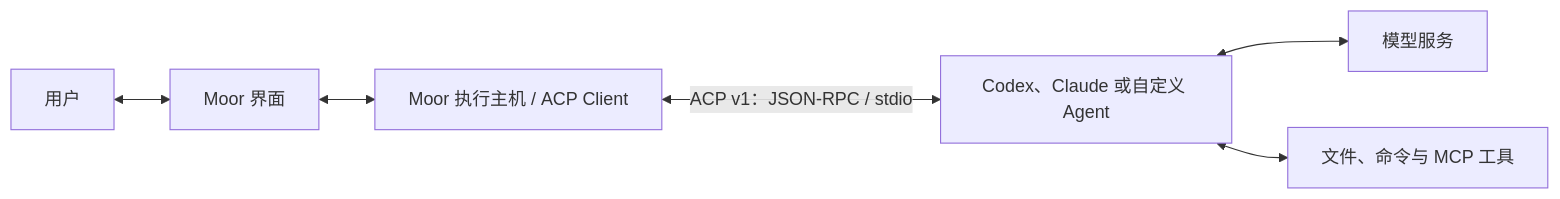
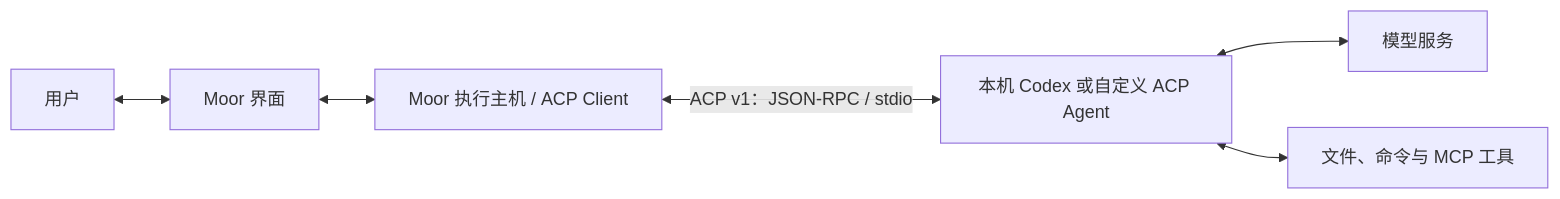
The first of 2 diagrams in docs/acp.md (zZOMZz/moor), drawn with Mermaid before and after one commit. The commit also changed other lines of this file and 68 other files, not shown here.

Commit message:
refactor(agent): use local Codex runtime

````diff
--- a/docs/acp.md
+++ b/docs/acp.md
@@ -11,8 +11,8 @@
 ```mermaid
 flowchart LR
   User["用户"] <--> UI["Moor 界面"]
   UI <--> Host["Moor 执行主机 / ACP Client"]
-  Host <-->|"ACP v1：JSON-RPC / stdio"| Agent["Codex、Claude 或自定义 Agent"]
+  Host <-->|"ACP v1：JSON-RPC / stdio"| Agent["本机 Codex 或自定义 ACP Agent"]
   Agent <--> Model["模型服务"]
   Agent <--> Tools["文件、命令与 MCP 工具"]
 ```
````
